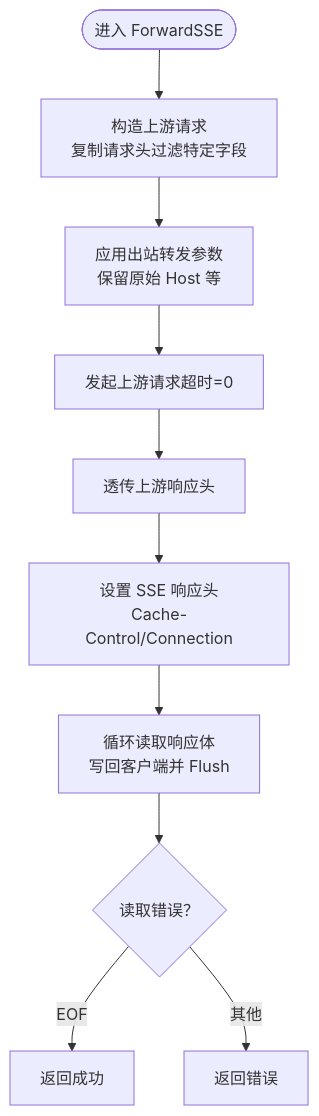
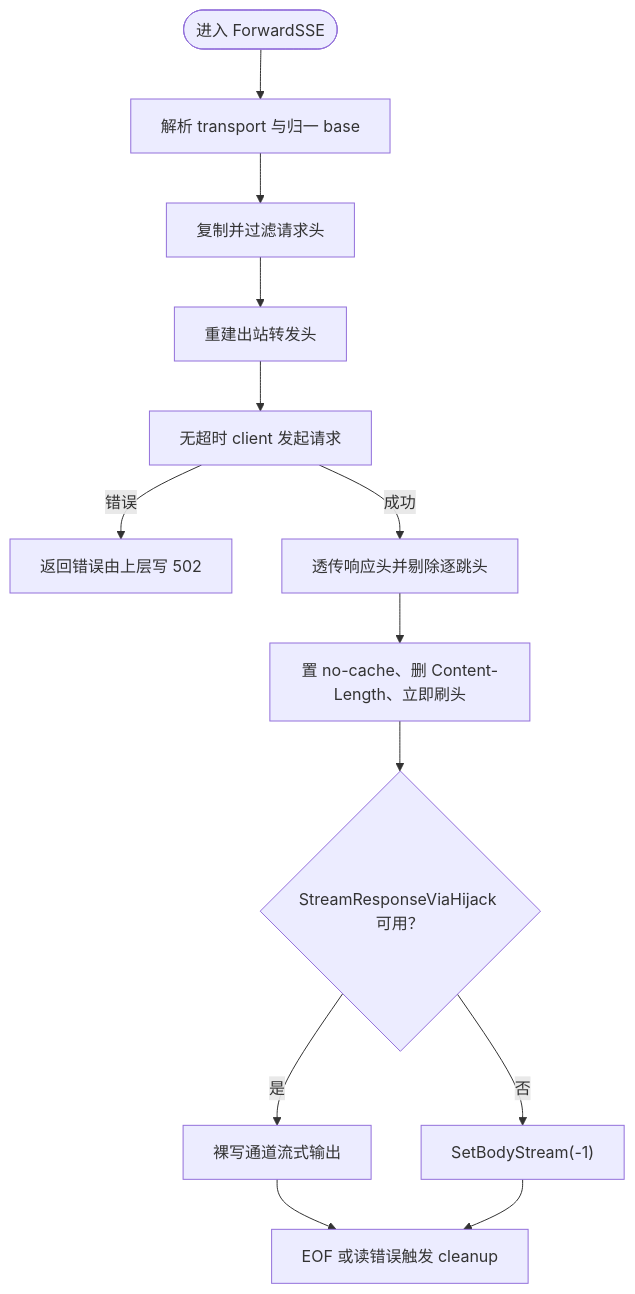
Before and after one commit to x01n/My-OpenWaf: the third of 9 diagrams in docs/数据平面处理/SSE 事件推送.md, drawn with Mermaid. The commit also changed other lines of this file and 622 other files, not shown here.

````diff
--- a/docs/数据平面处理/SSE 事件推送.md
+++ b/docs/数据平面处理/SSE 事件推送.md
@@ -141,12 +195,15 @@
 ```mermaid
 flowchart TD
-Start(["进入 ForwardSSE"]) --> BuildReq["构造上游请求<br/>复制请求头过滤特定字段"]
-BuildReq --> ApplySec["应用出站转发参数<br/>保留原始 Host 等"]
-ApplySec --> DoReq["发起上游请求超时=0"]
-DoReq --> CopyHdr["透传上游响应头"]
-CopyHdr --> SetSSE["设置 SSE 响应头<br/>Cache-Control/Connection"]
-SetSSE --> Stream["循环读取响应体<br/>写回客户端并 Flush"]
-Stream --> ReadErr{"读取错误？"}
-ReadErr --> |EOF| Done["返回成功"]
-ReadErr --> |其他| Err["返回错误"]
+Start(["进入 ForwardSSE"]) --> Resolve["解析 transport 与归一 base"]
+Resolve --> Build["复制并过滤请求头"]
+Build --> Out["重建出站转发头"]
+Out --> Do["无超时 client 发起请求"]
+Do --> |错误| Err502["返回错误由上层写 502"]
+Do --> |成功| Hdrs["透传响应头并剔除逐跳头"]
+Hdrs --> Mark["置 no-cache、删 Content-Length、立即刷头"]
+Mark --> Hijack{"StreamResponseViaHijack 可用？"}
+Hijack --> |是| Raw["裸写通道流式输出"]
+Hijack --> |否| Body["SetBodyStream(-1)"]
+Raw --> Done["EOF 或读错误触发 cleanup"]
+Body --> Done
 ```
````
